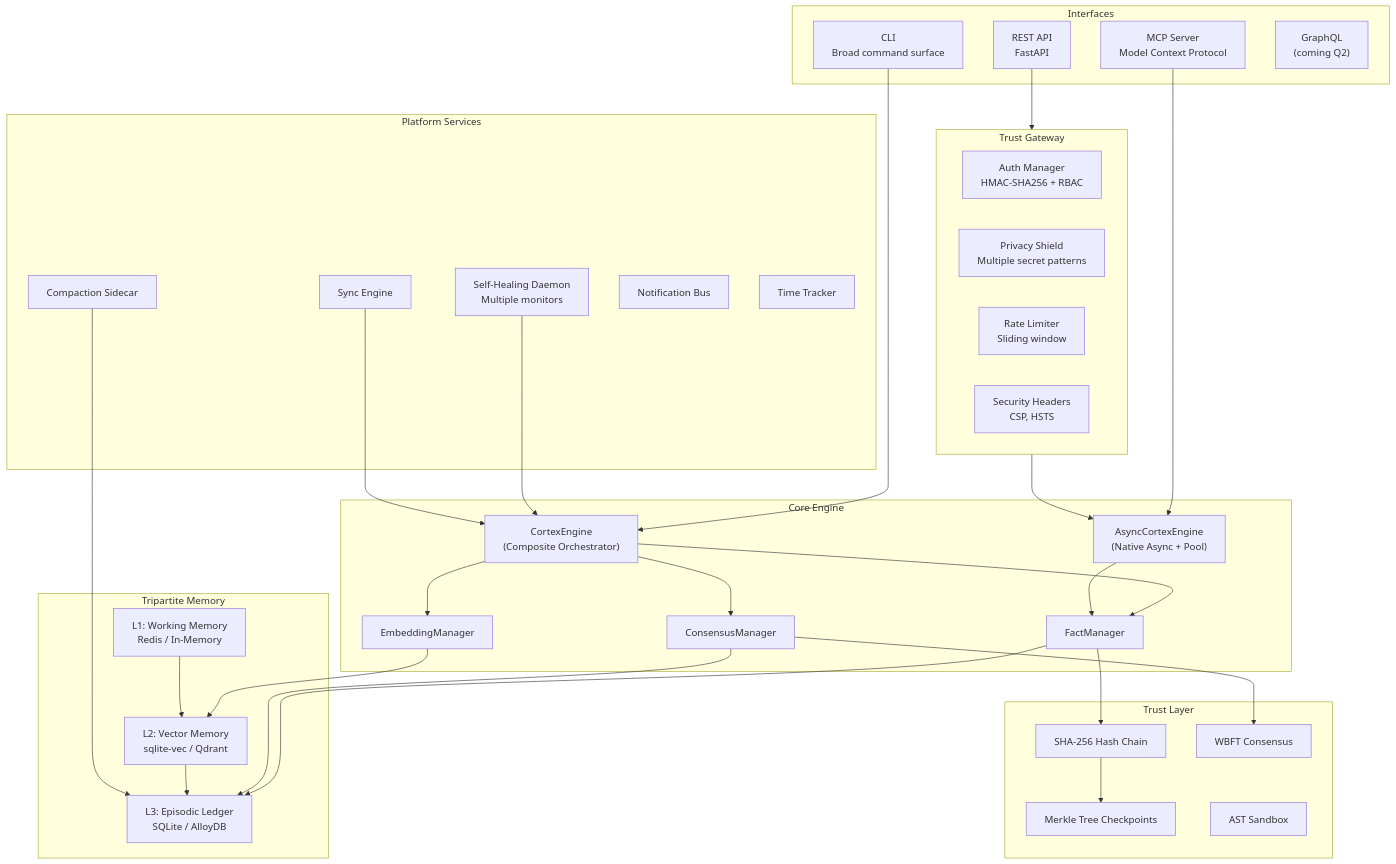
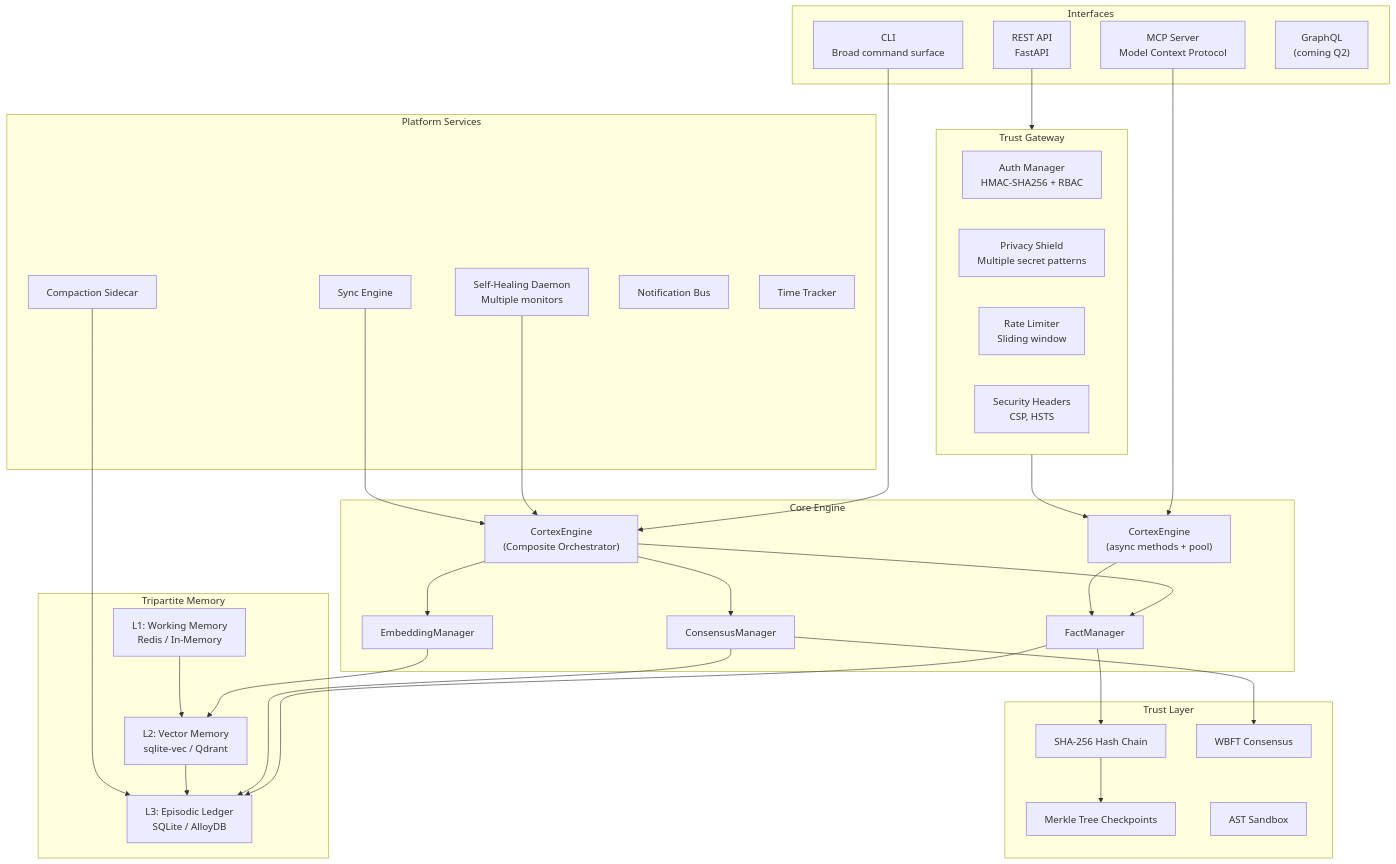
One commit to borjamoskv/babylon-60 changed the first of 5 diagrams in docs/architecture.md. Above: the diagram before and after it, drawn with Mermaid. The commit also changed 7 other files, not shown here.

````diff
--- a/docs/architecture.md
+++ b/docs/architecture.md
@@ -22,67 +22,67 @@
 ```mermaid
 graph TB
     subgraph Interfaces
         CLI["CLI<br/>Broad command surface"]
         API["REST API<br/>FastAPI"]
         MCP["MCP Server<br/>Model Context Protocol"]
         GraphQL["GraphQL<br/>(coming Q2)"]
     end
 
     subgraph Gateway["Trust Gateway"]
         Auth["Auth Manager<br/>HMAC-SHA256 + RBAC"]
         Privacy["Privacy Shield<br/>Multiple secret patterns"]
         RateLimit["Rate Limiter<br/>Sliding window"]
         Security["Security Headers<br/>CSP, HSTS"]
     end
 
     subgraph Engine["Core Engine"]
         CortexEngine["CortexEngine<br/>(Composite Orchestrator)"]
-        AsyncEngine["AsyncCortexEngine<br/>(Native Async + Pool)"]
+        AsyncEngine["CortexEngine<br/>(async methods + pool)"]
         FactManager["FactManager"]
         EmbeddingManager["EmbeddingManager"]
         ConsensusManager["ConsensusManager"]
     end
 
     subgraph Memory["Tripartite Memory"]
         L1["L1: Working Memory<br/>Redis / In-Memory"]
         L2["L2: Vector Memory<br/>sqlite-vec / Qdrant"]
         L3["L3: Episodic Ledger<br/>SQLite / AlloyDB"]
     end
 
     subgraph Trust["Trust Layer"]
         Ledger["SHA-256 Hash Chain"]
         Merkle["Merkle Tree Checkpoints"]
         Consensus["WBFT Consensus"]
         Sandbox["AST Sandbox"]
     end
 
     subgraph Services["Platform Services"]
         Daemon["Self-Healing Daemon<br/>Multiple monitors"]
         Compactor["Compaction Sidecar"]
         Sync["Sync Engine"]
         Notifications["Notification Bus"]
         Timing["Time Tracker"]
     end
 
     CLI --> CortexEngine
     API --> Gateway --> AsyncEngine
     MCP --> AsyncEngine
 
     CortexEngine --> FactManager
     CortexEngine --> EmbeddingManager
     CortexEngine --> ConsensusManager
     AsyncEngine --> FactManager
 
     FactManager --> L3
     EmbeddingManager --> L2
     ConsensusManager --> L3
     L1 --> L2 --> L3
 
     FactManager --> Ledger
     Ledger --> Merkle
     ConsensusManager --> Consensus
 
     Daemon --> CortexEngine
     Compactor --> L3
     Sync --> CortexEngine
 ```
````
